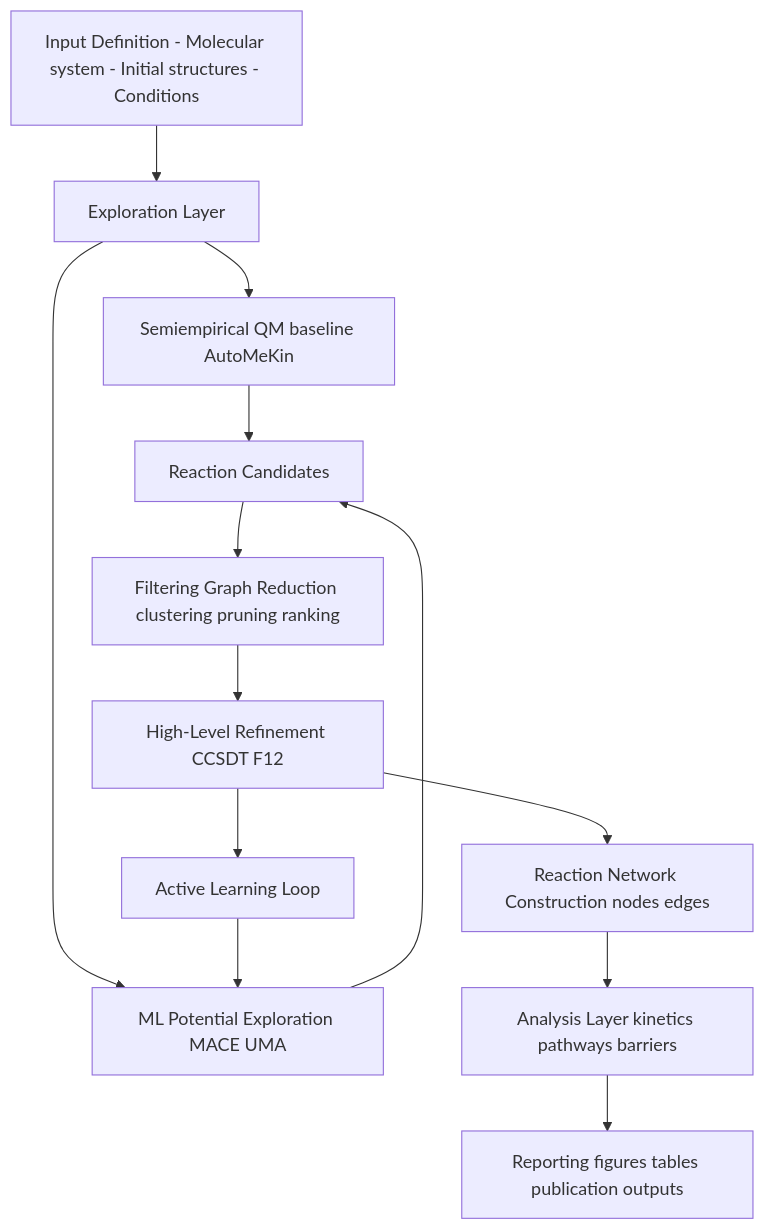
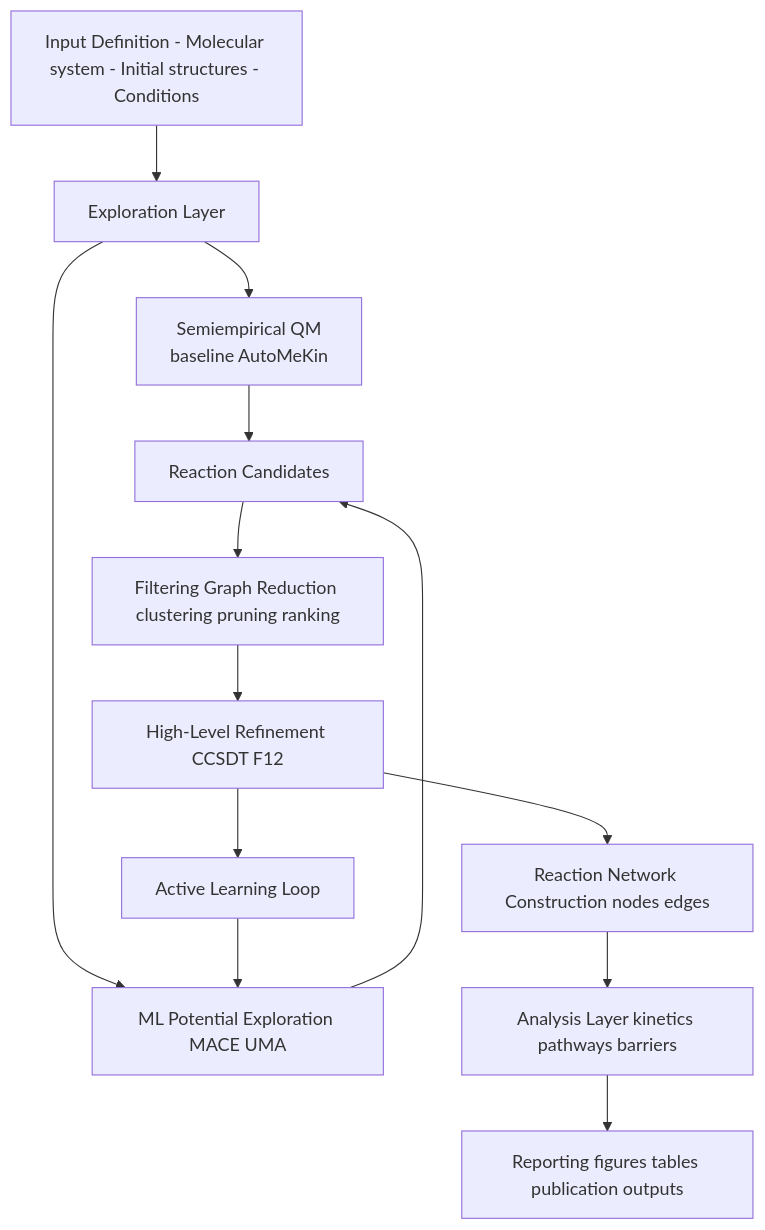
Before and after one commit to emartineznunez/mermaid: the diagram in diagrams/diagrama.mmd, drawn with Mermaid.

```diff
--- a/diagrams/diagrama.mmd
+++ b/diagrams/diagrama.mmd
@@ -1,22 +1,22 @@
 flowchart TD
 
 A[Input Definition - Molecular system - Initial structures - Conditions] --> B[Exploration Layer]
 
-B --> B1[Semiempirical QM baseline AutoMeKin]
+B --> B1[Semiempirical QM\n baseline AutoMeKin]
 B --> B2[ML Potential Exploration MACE UMA]
 
 B1 --> C[Reaction Candidates]
 B2 --> C
 
 C --> D[Filtering Graph Reduction clustering pruning ranking]
 
 D --> E[High-Level Refinement CCSDT F12]
 
 E --> F[Active Learning Loop]
 F --> B2
 
 E --> G[Reaction Network Construction nodes edges]
 
 G --> H[Analysis Layer kinetics pathways barriers]
 
 H --> I[Reporting figures tables publication outputs]
```
